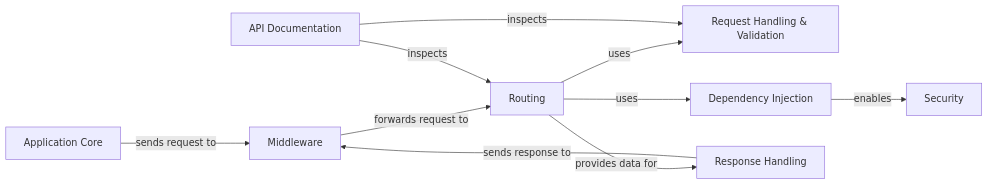
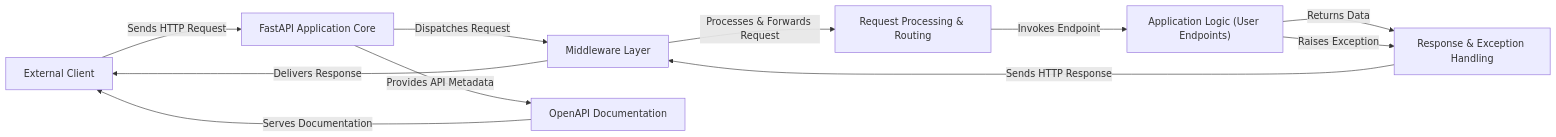
Before and after one commit to CodeBoarding/GeneratedOnBoardings: the diagram in fastapi/on_boarding.md, drawn with Mermaid. The commit also changed other lines of this file and 13 other files, not shown here.

````diff
--- a/fastapi/on_boarding.md
+++ b/fastapi/on_boarding.md
@@ -1,27 +1,26 @@
 ```mermaid
 graph LR
-    Application_Core["Application Core"]
-    Middleware["Middleware"]
-    Routing["Routing"]
-    Request_Handling_Validation["Request Handling & Validation"]
-    Dependency_Injection["Dependency Injection"]
-    Security["Security"]
-    Response_Handling["Response Handling"]
-    API_Documentation["API Documentation"]
-    Application_Core -- "sends request to" --> Middleware
-    Middleware -- "forwards request to" --> Routing
-    Routing -- "uses" --> Request_Handling_Validation
-    Routing -- "uses" --> Dependency_Injection
-    Routing -- "provides data for" --> Response_Handling
-    Dependency_Injection -- "enables" --> Security
-    Response_Handling -- "sends response to" --> Middleware
-    API_Documentation -- "inspects" --> Routing
-    API_Documentation -- "inspects" --> Request_Handling_Validation
-    click Application_Core href "https://github.com/CodeBoarding/GeneratedOnBoardings/blob/main/fastapi/Application_Core.md" "Details"
-    click Middleware href "https://github.com/CodeBoarding/GeneratedOnBoardings/blob/main/fastapi/Middleware.md" "Details"
-    click Routing href "https://github.com/CodeBoarding/GeneratedOnBoardings/blob/main/fastapi/Routing.md" "Details"
-    click Request_Handling_Validation href "https://github.com/CodeBoarding/GeneratedOnBoardings/blob/main/fastapi/Request_Handling_Validation.md" "Details"
-    click Dependency_Injection href "https://github.com/CodeBoarding/GeneratedOnBoardings/blob/main/fastapi/Dependency_Injection.md" "Details"
-    click Security href "https://github.com/CodeBoarding/GeneratedOnBoardings/blob/main/fastapi/Security.md" "Details"
-    click API_Documentation href "https://github.com/CodeBoarding/GeneratedOnBoardings/blob/main/fastapi/API_Documentation.md" "Details"
+    External_Client["External Client"]
+    FastAPI_Application_Core["FastAPI Application Core"]
+    Middleware_Layer["Middleware Layer"]
+    Request_Processing_Routing["Request Processing & Routing"]
+    Application_Logic_User_Endpoints_["Application Logic (User Endpoints)"]
+    Response_Exception_Handling["Response & Exception Handling"]
+    OpenAPI_Documentation["OpenAPI Documentation"]
+    External_Client -- "Sends HTTP Request" --> FastAPI_Application_Core
+    FastAPI_Application_Core -- "Dispatches Request" --> Middleware_Layer
+    Middleware_Layer -- "Processes & Forwards Request" --> Request_Processing_Routing
+    Request_Processing_Routing -- "Invokes Endpoint" --> Application_Logic_User_Endpoints_
+    Application_Logic_User_Endpoints_ -- "Returns Data" --> Response_Exception_Handling
+    Application_Logic_User_Endpoints_ -- "Raises Exception" --> Response_Exception_Handling
+    Response_Exception_Handling -- "Sends HTTP Response" --> Middleware_Layer
+    Middleware_Layer -- "Delivers Response" --> External_Client
+    FastAPI_Application_Core -- "Provides API Metadata" --> OpenAPI_Documentation
+    OpenAPI_Documentation -- "Serves Documentation" --> External_Client
+    click FastAPI_Application_Core href "https://github.com/CodeBoarding/GeneratedOnBoardings/blob/main/fastapi/FastAPI_Application_Core.md" "Details"
+    click Middleware_Layer href "https://github.com/CodeBoarding/GeneratedOnBoardings/blob/main/fastapi/Middleware_Layer.md" "Details"
+    click Request_Processing_Routing href "https://github.com/CodeBoarding/GeneratedOnBoardings/blob/main/fastapi/Request_Processing_Routing.md" "Details"
+    click Application_Logic_User_Endpoints_ href "https://github.com/CodeBoarding/GeneratedOnBoardings/blob/main/fastapi/Application_Logic_User_Endpoints_.md" "Details"
+    click Response_Exception_Handling href "https://github.com/CodeBoarding/GeneratedOnBoardings/blob/main/fastapi/Response_Exception_Handling.md" "Details"
+    click OpenAPI_Documentation href "https://github.com/CodeBoarding/GeneratedOnBoardings/blob/main/fastapi/OpenAPI_Documentation.md" "Details"
 ```
````
